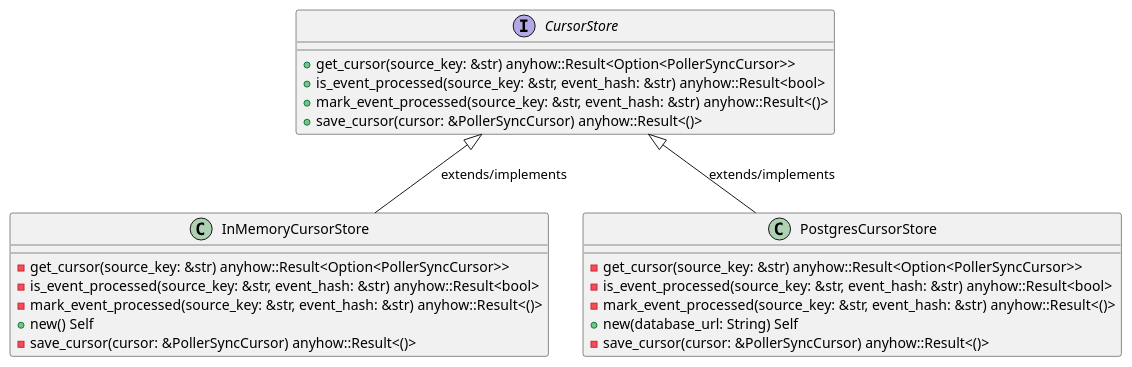
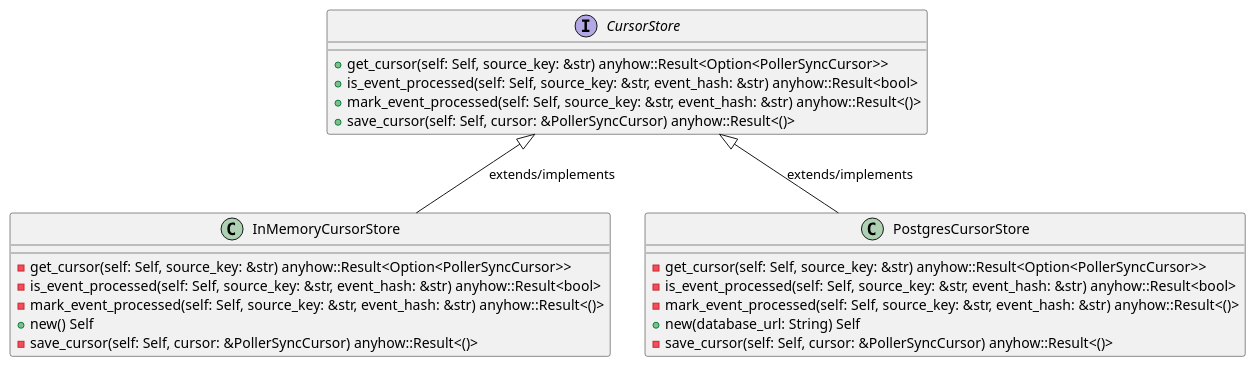
The first of 6 diagrams in openwiki/crates_factory_infrastructure_src_cursor_store.md (lgcorzo/rust_CACD_autonomous_factory), drawn with PlantUML before and after one commit. The commit also changed other lines of this file and 95 other files, not shown here.

````diff
--- a/openwiki/crates_factory_infrastructure_src_cursor_store.md
+++ b/openwiki/crates_factory_infrastructure_src_cursor_store.md
@@ -249,27 +253,27 @@
 ```plantuml
 @startuml
 interface CursorStore {
-    +get_cursor(source_key: &str) anyhow::Result<Option<PollerSyncCursor>>
-    +is_event_processed(source_key: &str, event_hash: &str) anyhow::Result<bool>
-    +mark_event_processed(source_key: &str, event_hash: &str) anyhow::Result<()>
-    +save_cursor(cursor: &PollerSyncCursor) anyhow::Result<()>
+    +get_cursor(self: Self, source_key: &str) anyhow::Result<Option<PollerSyncCursor>>
+    +is_event_processed(self: Self, source_key: &str, event_hash: &str) anyhow::Result<bool>
+    +mark_event_processed(self: Self, source_key: &str, event_hash: &str) anyhow::Result<()>
+    +save_cursor(self: Self, cursor: &PollerSyncCursor) anyhow::Result<()>
 }
 class InMemoryCursorStore {
-    -get_cursor(source_key: &str) anyhow::Result<Option<PollerSyncCursor>>
-    -is_event_processed(source_key: &str, event_hash: &str) anyhow::Result<bool>
-    -mark_event_processed(source_key: &str, event_hash: &str) anyhow::Result<()>
+    -get_cursor(self: Self, source_key: &str) anyhow::Result<Option<PollerSyncCursor>>
+    -is_event_processed(self: Self, source_key: &str, event_hash: &str) anyhow::Result<bool>
+    -mark_event_processed(self: Self, source_key: &str, event_hash: &str) anyhow::Result<()>
     +new() Self
-    -save_cursor(cursor: &PollerSyncCursor) anyhow::Result<()>
+    -save_cursor(self: Self, cursor: &PollerSyncCursor) anyhow::Result<()>
 }
 CursorStore <|-- InMemoryCursorStore : extends/implements
 class PostgresCursorStore {
-    -get_cursor(source_key: &str) anyhow::Result<Option<PollerSyncCursor>>
-    -is_event_processed(source_key: &str, event_hash: &str) anyhow::Result<bool>
-    -mark_event_processed(source_key: &str, event_hash: &str) anyhow::Result<()>
+    -get_cursor(self: Self, source_key: &str) anyhow::Result<Option<PollerSyncCursor>>
+    -is_event_processed(self: Self, source_key: &str, event_hash: &str) anyhow::Result<bool>
+    -mark_event_processed(self: Self, source_key: &str, event_hash: &str) anyhow::Result<()>
     +new(database_url: String) Self
-    -save_cursor(cursor: &PollerSyncCursor) anyhow::Result<()>
+    -save_cursor(self: Self, cursor: &PollerSyncCursor) anyhow::Result<()>
 }
 CursorStore <|-- PostgresCursorStore : extends/implements
 @enduml
 
 ```
````
